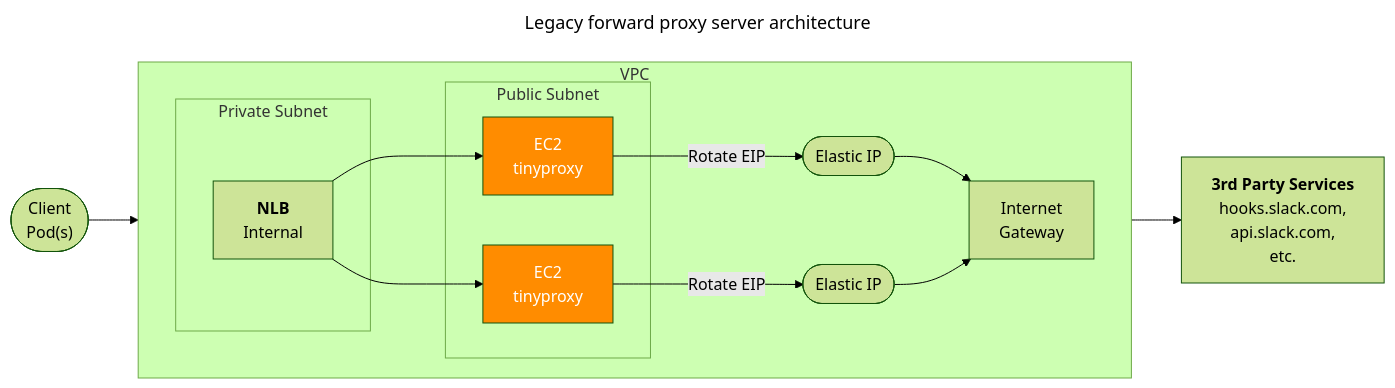
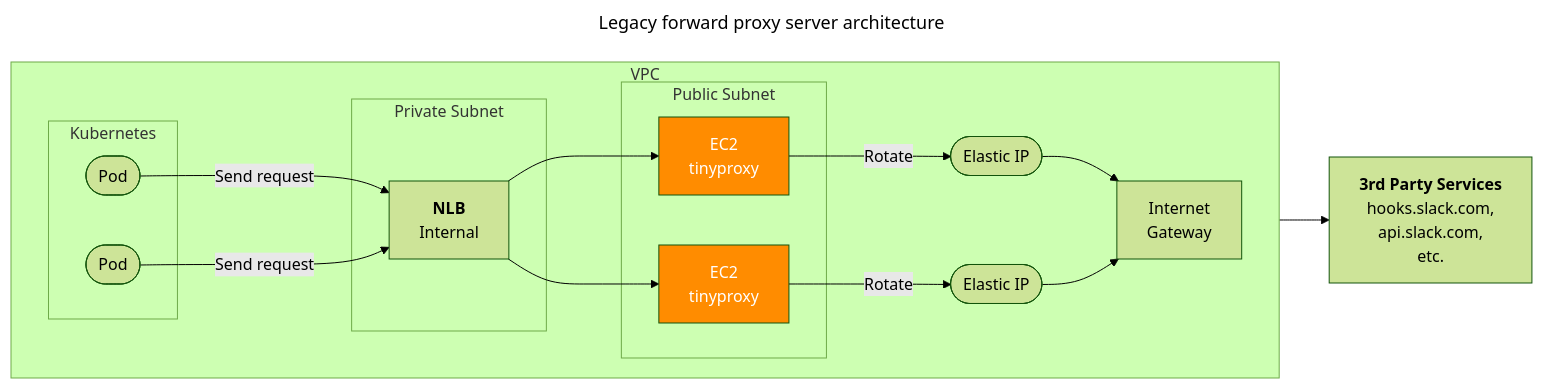
Before and after one commit to younsl/younsl.github.io: the first of 4 diagrams in content/blog/squid/index.md, drawn with Mermaid (forest theme). The commit also changed 1 other file, not shown here.

Commit message:
chore: Update diagram

````diff
--- a/content/blog/squid/index.md
+++ b/content/blog/squid/index.md
@@ -38,40 +38,42 @@
 ```mermaid
 ---
 title: Legacy forward proxy server architecture
 ---
 flowchart LR
-    c(["`Client
-    Pod(s)`"])
     s["`**3rd Party Services**
     hooks.slack.com,
     api.slack.com,
     etc.`"]
     subgraph "VPC"
+        subgraph k8s["`Kubernetes`"]
+            c1(["Pod"])
+            c2(["Pod"])
+        end
         direction LR
         subgraph prv["Private Subnet"]
             nlb["`**NLB**
             Internal`"]
         end
         subgraph pub["Public Subnet"]
             tp1["`EC2
             tinyproxy`"]
             tp2["`EC2
             tinyproxy`"]
         end
         eip1(["Elastic IP"])
         eip2(["Elastic IP"])
         igw["`Internet
         Gateway`"]
     end
 
-    c --> nlb
+    c1 & c2 --Send request--> nlb
     nlb --> tp1
     nlb --> tp2
 
-    tp1 --Rotate EIP--> eip1 --> igw
-    tp2 --Rotate EIP--> eip2 --> igw
+    tp1 --Rotate--> eip1 --> igw
+    tp2 --Rotate--> eip2 --> igw
     igw --> s
 
     style tp1 fill:darkorange, color: white
     style tp2 fill:darkorange, color: white
 ```
````
